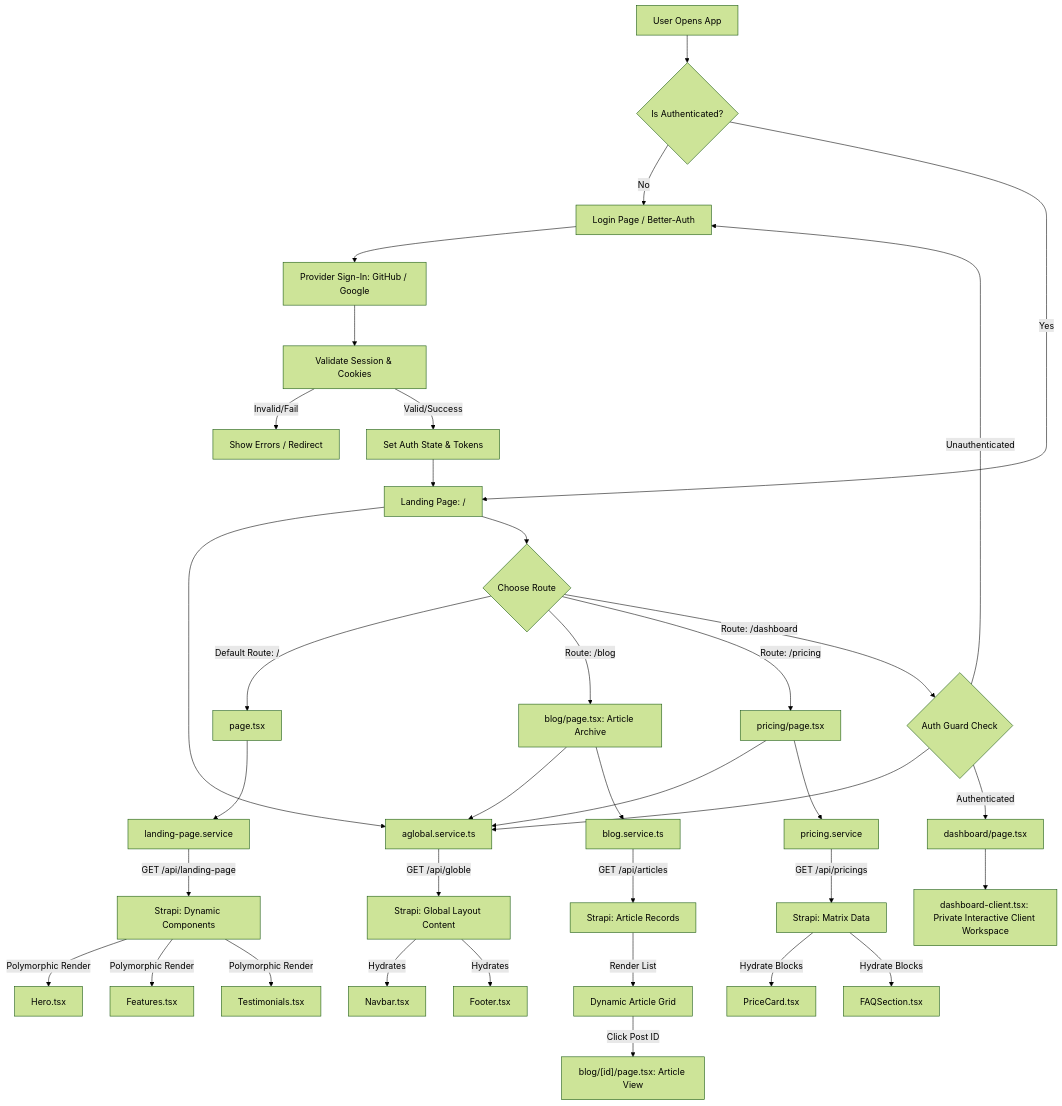
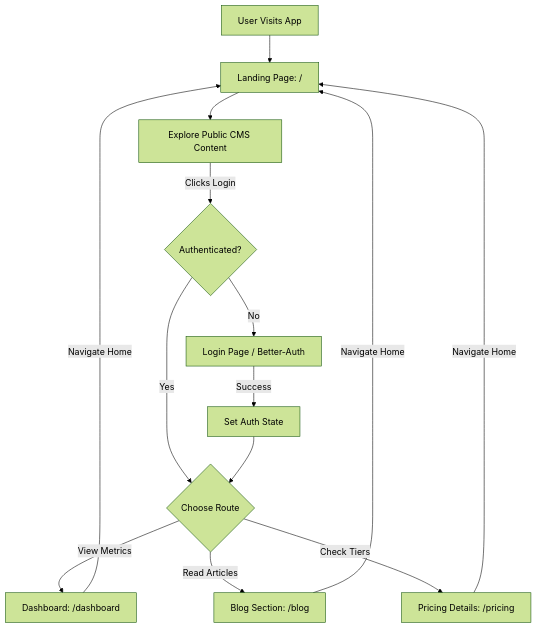
Before and after one commit to rishab-mindfire/contentful_cms_app: the diagram in README.md, drawn with Mermaid (forest theme).

Commit message:
feat: update readme file

````diff
--- a/README.md
+++ b/README.md
@@ -110,50 +110,23 @@
 ```mermaid
 flowchart TD
 
-%% 1. ENTRANCE & AUTHENTICATION FLOW
-A[User Opens App] --> B{Is Authenticated?}
+%% 1. PUBLIC EXPERIENCE
+    A[User Visits App] --> LP[Landing Page: /]
+    LP --> Explore[Explore Public CMS Content]
 
-B -- No --> C[Login Page / Better-Auth]
-C --> D[Provider Sign-In: GitHub / Google]
-D --> E[Validate Session & Cookies]
+%% 2. AUTHENTICATION GATEWAY
+    Explore --> |Clicks Login| Auth{Authenticated?}
+    Auth -- No --> Login[Login Page / Better-Auth]
+    Login --> |Success| SetAuth[Set Auth State]
 
-E -- Invalid/Fail --> F[Show Errors / Redirect]
-E -- Valid/Success --> G[Set Auth State & Tokens]
+%% 3. UNLOCKED ROUTES (POST-LOGIN)
+    Auth -- Yes --> UnlockedRoutes{Choose Route}
+    SetAuth --> UnlockedRoutes
 
-%% 2. PUBLIC ROUTING & STRAPI DATA INGESTION
-B -- Yes --> LP[Landing Page: /]
-G --> LP
+    UnlockedRoutes --> |View Metrics| Dash[Dashboard: /dashboard]
+    UnlockedRoutes --> |Read Articles| Blog[Blog Section: /blog]
+    UnlockedRoutes --> |Check Tiers| Pricing[Pricing Details: /pricing]
 
-%% Global Components Ingestion (Always Loaded)
-LP & Blog & Pricing & Dash --> GlobalService[aglobal.service.ts]
-GlobalService --> |GET /api/globle| StrapiGlobal[Strapi: Global Layout Content]
-StrapiGlobal --> |Hydrates| Navbar[Navbar.tsx] & Footer[Footer.tsx]
-
-%% Dynamic Sub-Route Options
-LP --> Routes{Choose Route}
-
-%% Route A: Landing Page Block Parsing
-Routes --> |Default Route: /| LandingPage[page.tsx]
-LandingPage --> LandingService[landing-page.service]
-LandingService --> |GET /api/landing-page| StrapiLanding[Strapi: Dynamic Components]
-StrapiLanding --> |Polymorphic Render| Hero[Hero.tsx] & Features[Features.tsx] & Testimonials[Testimonials.tsx]
-
-%% Route B: Blog Section
-Routes --> |Route: /blog| Blog[blog/page.tsx: Article Archive]
-Blog --> BlogService[blog.service.ts]
-BlogService --> |GET /api/articles| StrapiArticles[Strapi: Article Records]
-StrapiArticles --> |Render List| ArchiveGrid[Dynamic Article Grid]
-ArchiveGrid --> |Click Post ID| SingleBlog["blog/[id]/page.tsx: Article View"]
-
-%% Route C: Pricing Details
-Routes --> |Route: /pricing| Pricing[pricing/page.tsx]
-Pricing --> PricingService[pricing.service]
-PricingService --> |GET /api/pricings| StrapiPricing[Strapi: Matrix Data]
-StrapiPricing --> |Hydrate Blocks| PriceCard[PriceCard.tsx] & FAQSection[FAQSection.tsx]
-
-%% 3. AUTHENTICATED ACCESS ONLY
-Routes --> |Route: /dashboard| Dash{Auth Guard Check}
-Dash --> |Unauthenticated| C
-Dash --> |Authenticated| DashboardPage[dashboard/page.tsx]
-DashboardPage --> DashClient["dashboard-client.tsx: Private Interactive Client Workspace"]
+%% 4. BACK TO HUB
+    Dash & Blog & Pricing --> |Navigate Home| LP
 ```
````
